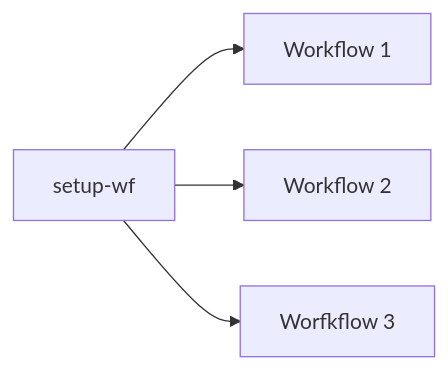
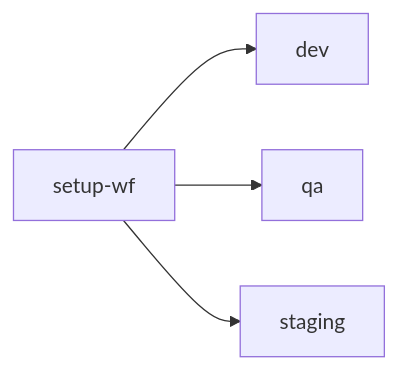
The diagram in README.md (vjpandian/dynamic-config-environments), drawn with Mermaid before and after one commit. The commit also changed other lines of this file, not shown here.

````diff
--- a/README.md
+++ b/README.md
@@ -6,6 +8,6 @@
 ```mermaid
 graph LR;
-    setup-wf --> workflow-1[Workflow 1]
-    setup-wf --> workflow-2[Workflow 2]
-    setup-wf --> workflow-3[Worfkflow 3]
+    setup-wf --> workflow-1[dev]
+    setup-wf --> workflow-2[qa]
+    setup-wf --> workflow-3[staging]
 ```
````
